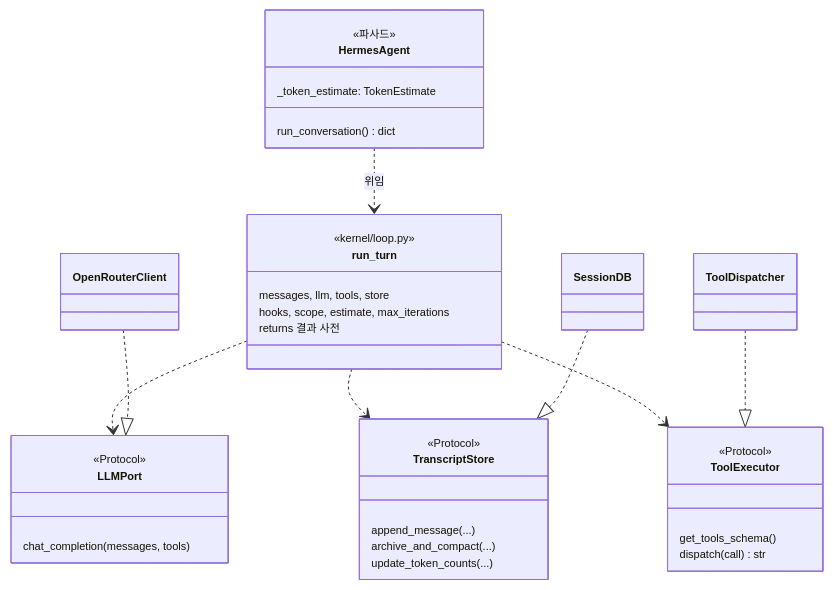
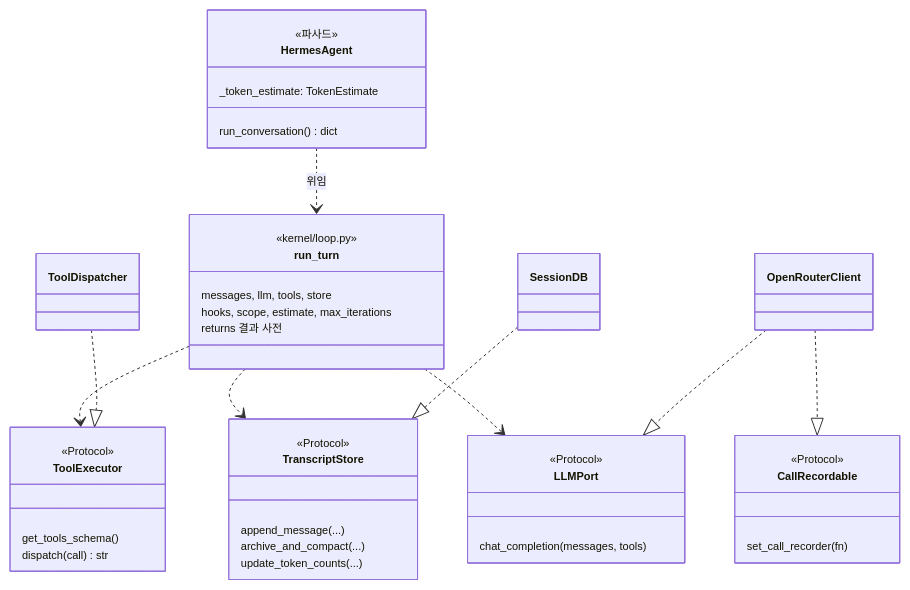
Before and after one commit to RadiantCitron/hermes-agent-study: the third of 4 diagrams in docs/로드맵/18-코어-커널-경계-정비-MVP/ROADMAP.md, drawn with Mermaid. The commit also changed other lines of this file and 10 other files, not shown here.

````diff
--- a/docs/로드맵/18-코어-커널-경계-정비-MVP/ROADMAP.md
+++ b/docs/로드맵/18-코어-커널-경계-정비-MVP/ROADMAP.md
@@ -95,40 +95,45 @@
 ```mermaid
 %%{init: {"themeVariables": {"fontSize": "11px"}}}%%
 classDiagram
   class run_turn {
     <<kernel/loop.py>>
     messages, llm, tools, store
     hooks, scope, estimate, max_iterations
     returns 결과 사전
   }
   class LLMPort {
     <<Protocol>>
     chat_completion(messages, tools)
   }
   class TranscriptStore {
     <<Protocol>>
     append_message(...)
     archive_and_compact(...)
     update_token_counts(...)
   }
   class ToolExecutor {
     <<Protocol>>
     get_tools_schema()
     dispatch(call) str
   }
+  class CallRecordable {
+    <<Protocol>>
+    set_call_recorder(fn)
+  }
   class HermesAgent {
     <<파사드>>
     _token_estimate: TokenEstimate
     run_conversation() dict
   }
   class SessionDB
   class ToolDispatcher
   class OpenRouterClient
   HermesAgent ..> run_turn : 위임
   run_turn ..> LLMPort
   run_turn ..> TranscriptStore
   run_turn ..> ToolExecutor
   SessionDB ..|> TranscriptStore
   ToolDispatcher ..|> ToolExecutor
   OpenRouterClient ..|> LLMPort
+  OpenRouterClient ..|> CallRecordable
 ```
````
